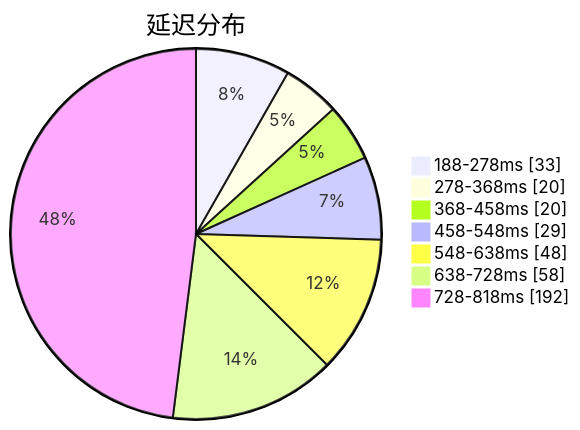
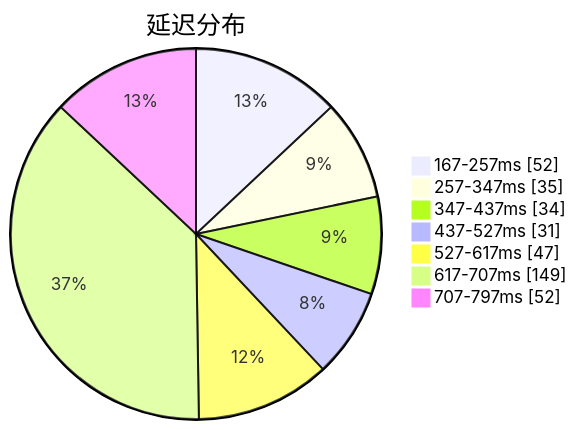
Before and after one commit to qjlxg/airport: the first of 3 diagrams in subs/statistics/tested_within.md, drawn with Mermaid. The commit also changed other lines of this file and 2 other files, not shown here.

````diff
--- a/subs/statistics/tested_within.md
+++ b/subs/statistics/tested_within.md
@@ -2,11 +2,11 @@
 ```mermaid
 pie showData
 title 延迟分布
-"188-278ms" : 33
-"278-368ms" : 20
-"368-458ms" : 20
-"458-548ms" : 29
-"548-638ms" : 48
-"638-728ms" : 58
-"728-818ms" : 192
+"167-257ms" : 52
+"257-347ms" : 35
+"347-437ms" : 34
+"437-527ms" : 31
+"527-617ms" : 47
+"617-707ms" : 149
+"707-797ms" : 52
 ```
````
